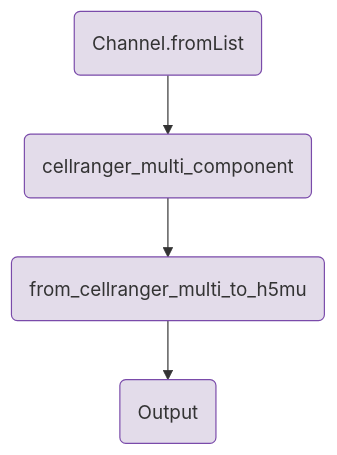
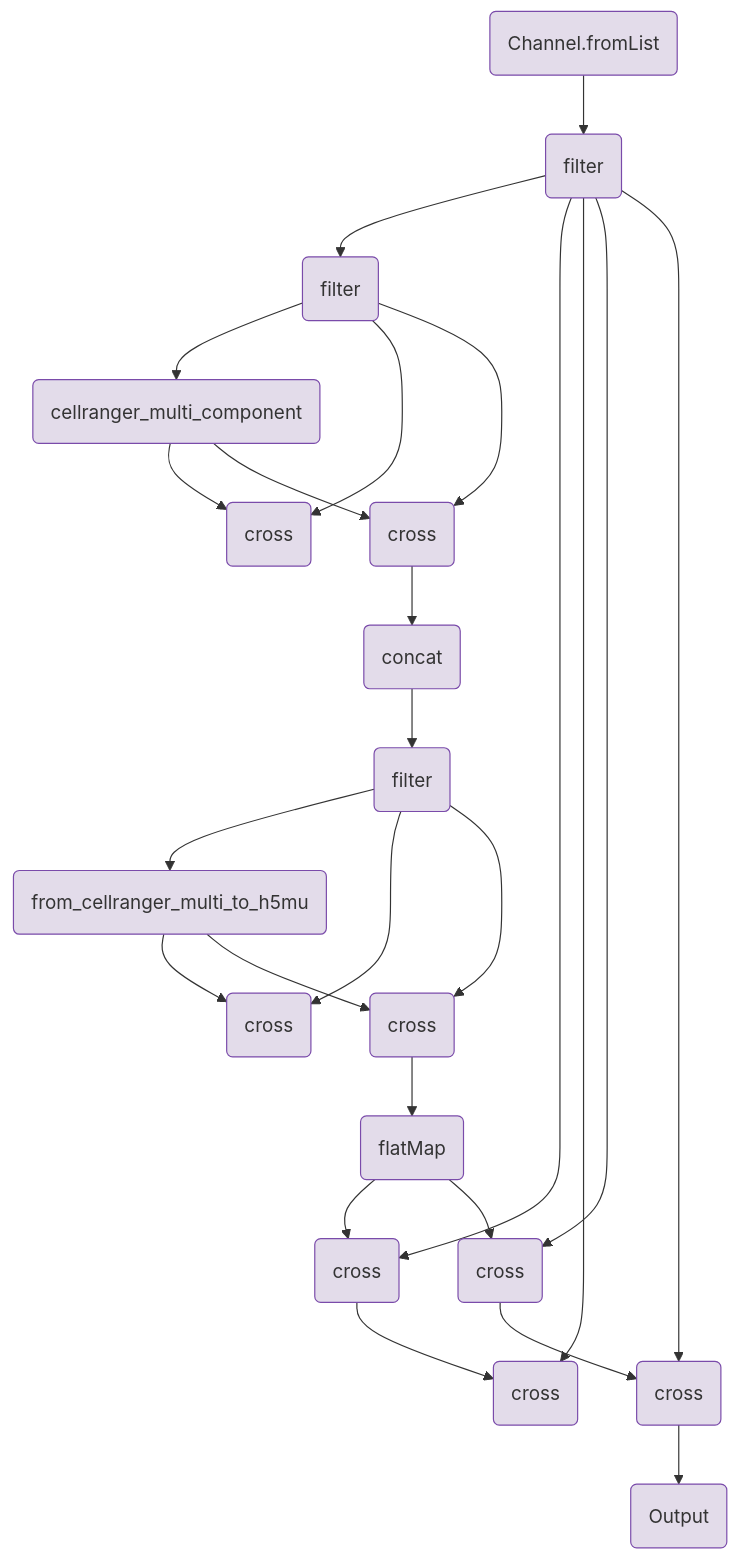
One commit to openpipelines-bio/website changed the diagram in components/workflows/ingestion/cellranger_multi.qmd. Above: the diagram before and after it, drawn with Mermaid. The commit also changed other lines of this file and 149 other files, not shown here.

````diff
--- a/components/workflows/ingestion/cellranger_multi.qmd
+++ b/components/workflows/ingestion/cellranger_multi.qmd
@@ -186,15 +282,62 @@
 ```{mermaid}
 flowchart TB
     v0(Channel.fromList)
+    v2(filter)
+    v9(filter)
+    v39(concat)
     v17(cellranger_multi_component)
-    v37(from_cellranger_multi_to_h5mu)
-    v64(Output)
-    v0-->v17
-    v17-->v37
-    v37-->v64
+    v24(cross)
+    v34(cross)
+    v44(filter)
+    v49(from_cellranger_multi_to_h5mu)
+    v56(cross)
+    v66(cross)
+    v77(flatMap)
+    v83(cross)
+    v90(cross)
+    v102(cross)
+    v109(cross)
+    v113(Output)
+    v0-->v2
+    v2-->v9
+    v9-->v17
+    v17-->v24
+    v9-->v24
+    v9-->v34
+    v34-->v39
+    v44-->v49
+    v49-->v56
+    v44-->v56
+    v44-->v66
+    v77-->v83
+    v2-->v83
+    v83-->v90
+    v2-->v90
+    v2-->v102
+    v102-->v109
+    v2-->v109
+    v109-->v113
+    v17-->v34
+    v39-->v44
+    v49-->v66
+    v66-->v77
+    v77-->v102
     style v0 fill:#e3dcea,stroke:#7a4baa;
+    style v2 fill:#e3dcea,stroke:#7a4baa;
+    style v9 fill:#e3dcea,stroke:#7a4baa;
+    style v39 fill:#e3dcea,stroke:#7a4baa;
     style v17 fill:#e3dcea,stroke:#7a4baa;
-    style v37 fill:#e3dcea,stroke:#7a4baa;
-    style v64 fill:#e3dcea,stroke:#7a4baa;
+    style v24 fill:#e3dcea,stroke:#7a4baa;
+    style v34 fill:#e3dcea,stroke:#7a4baa;
+    style v44 fill:#e3dcea,stroke:#7a4baa;
+    style v49 fill:#e3dcea,stroke:#7a4baa;
+    style v56 fill:#e3dcea,stroke:#7a4baa;
+    style v66 fill:#e3dcea,stroke:#7a4baa;
+    style v77 fill:#e3dcea,stroke:#7a4baa;
+    style v83 fill:#e3dcea,stroke:#7a4baa;
+    style v90 fill:#e3dcea,stroke:#7a4baa;
+    style v102 fill:#e3dcea,stroke:#7a4baa;
+    style v109 fill:#e3dcea,stroke:#7a4baa;
+    style v113 fill:#e3dcea,stroke:#7a4baa;
 
 ```
````
